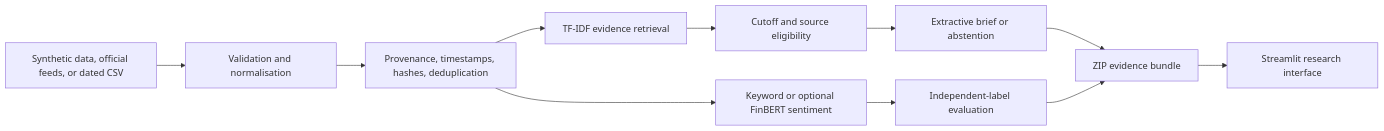
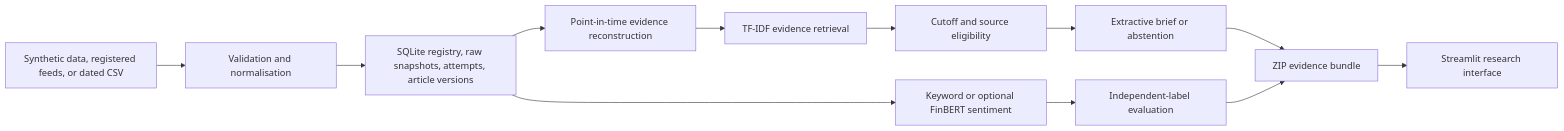
Before and after one commit to iso-derek/market-intelligence-ai-platform: the diagram in README.md, drawn with Mermaid. The commit also changed other lines of this file and 11 other files, not shown here.

````diff
--- a/README.md
+++ b/README.md
@@ -47,13 +50,14 @@
 ```mermaid
 flowchart LR
-    A[Synthetic data, official feeds, or dated CSV] --> B[Validation and normalisation]
-    B --> C[Provenance, timestamps, hashes, deduplication]
+    A[Synthetic data, registered feeds, or dated CSV] --> B[Validation and normalisation]
+    B --> C[SQLite registry, raw snapshots, attempts, article versions]
+    C --> D0[Point-in-time evidence reconstruction]
     C --> D[Keyword or optional FinBERT sentiment]
-    C --> E[TF-IDF evidence retrieval]
+    D0 --> E[TF-IDF evidence retrieval]
     E --> F[Cutoff and source eligibility]
     F --> G[Extractive brief or abstention]
     D --> H[Independent-label evaluation]
     G --> I[ZIP evidence bundle]
     H --> I
     I --> J[Streamlit research interface]
 ```
````
